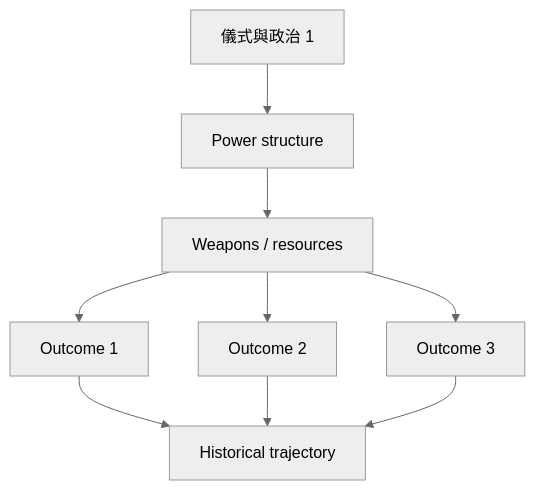
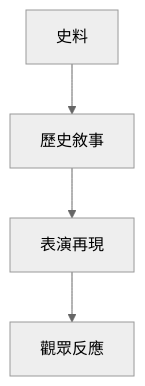
Before and after one commit to yip-lgtm/HKU-Harvard-History-Self-Study: the second of 6 diagrams in 01_HKU_Courses/HIST2212_Performing_History.md, drawn with Mermaid (neutral theme). The commit also changed other lines of this file and 48 other files, not shown here.

````diff
--- a/01_HKU_Courses/HIST2212_Performing_History.md
+++ b/01_HKU_Courses/HIST2212_Performing_History.md
@@ -146,11 +101,6 @@
 ```mermaid
-graph TD
-    A[儀式與政治 1] --> B[Power structure]
-    B --> C[Weapons / resources]
-    C --> D[Outcome 1]
-    C --> E[Outcome 2]
-    C --> F[Outcome 3]
-    D --> G[Historical trajectory]
-    E --> G
-    F --> G
+flowchart TD
+    A[史料] --> B[歷史敘事]
+    B --> C[表演再現]
+    C --> D[觀眾反應]
 ```
````
